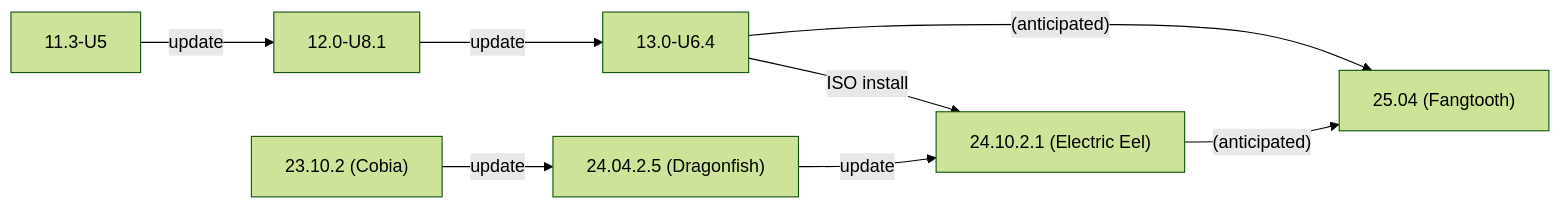
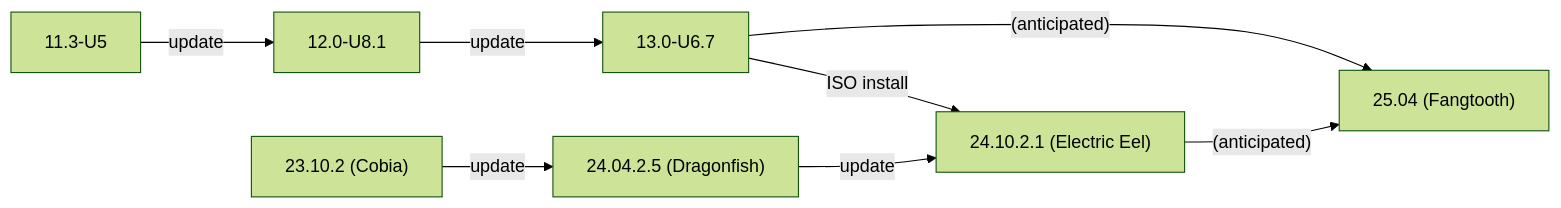
The second of 2 diagrams in static/includes/SCALEUpgradePaths.md (truenas/documentation), drawn with Mermaid (forest theme) before and after one commit. The commit also changed other lines of this file and 5 other files, not shown here.

```diff
--- a/static/includes/SCALEUpgradePaths.md
+++ b/static/includes/SCALEUpgradePaths.md
@@ -87,11 +87,11 @@
           {{< mermaid class="mermaid_sizing" >}}
           flowchart LR
             A["11.3-U5"] -->|update| B
             B["12.0-U8.1"] -->|update| C
-            C["13.0-U6.4"] -->|ISO install| F
-            C["13.0-U6.4"] -->|"(anticipated)"| G
+            C["13.0-U6.7"] -->|ISO install| F
+            C["13.0-U6.7"] -->|"(anticipated)"| G
             D["23.10.2 (Cobia)"] -->|update| E
             E["24.04.2.5 (Dragonfish)"]  -->|update| F
             F["24.10.2.1 (Electric Eel)"] -->|"(anticipated)"| G
             G["25.04 (Fangtooth)"]
           {{< /mermaid >}}
```
